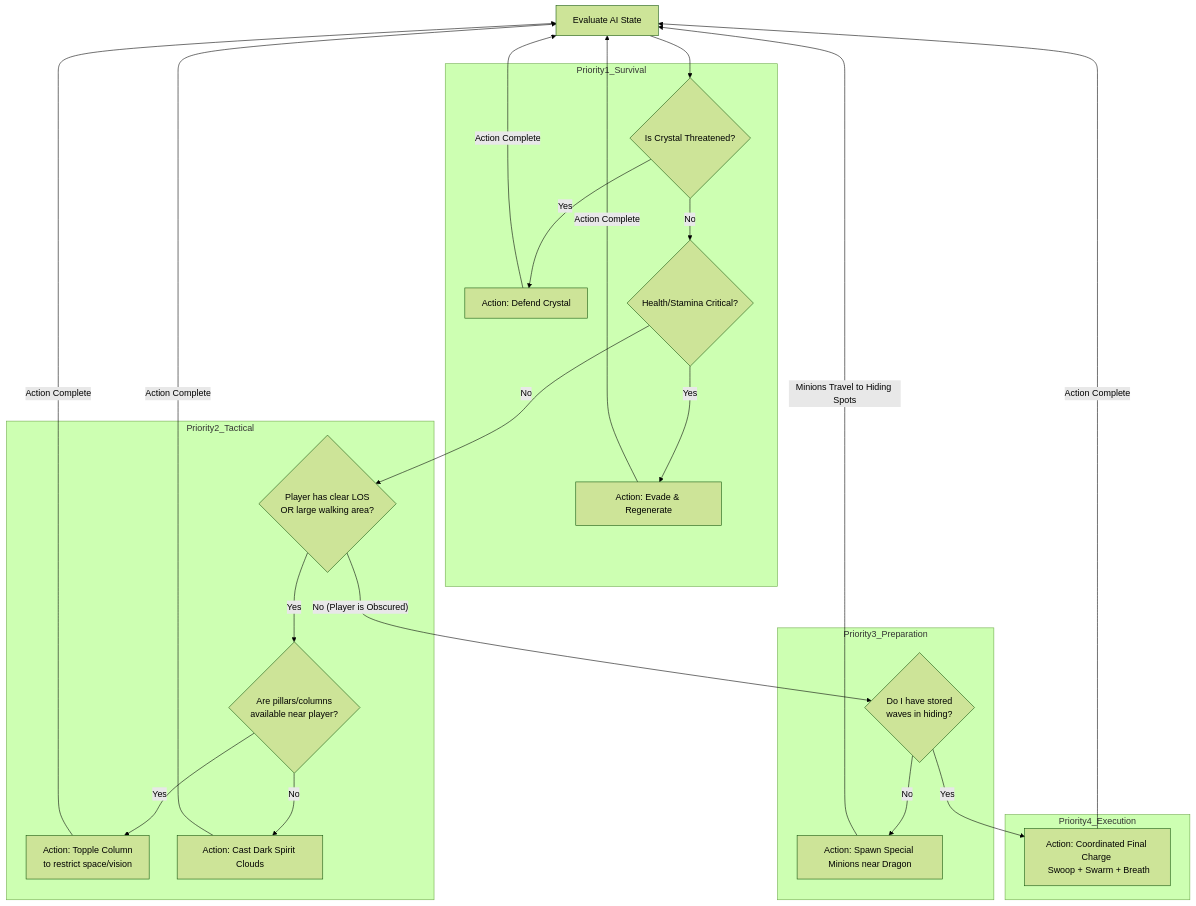
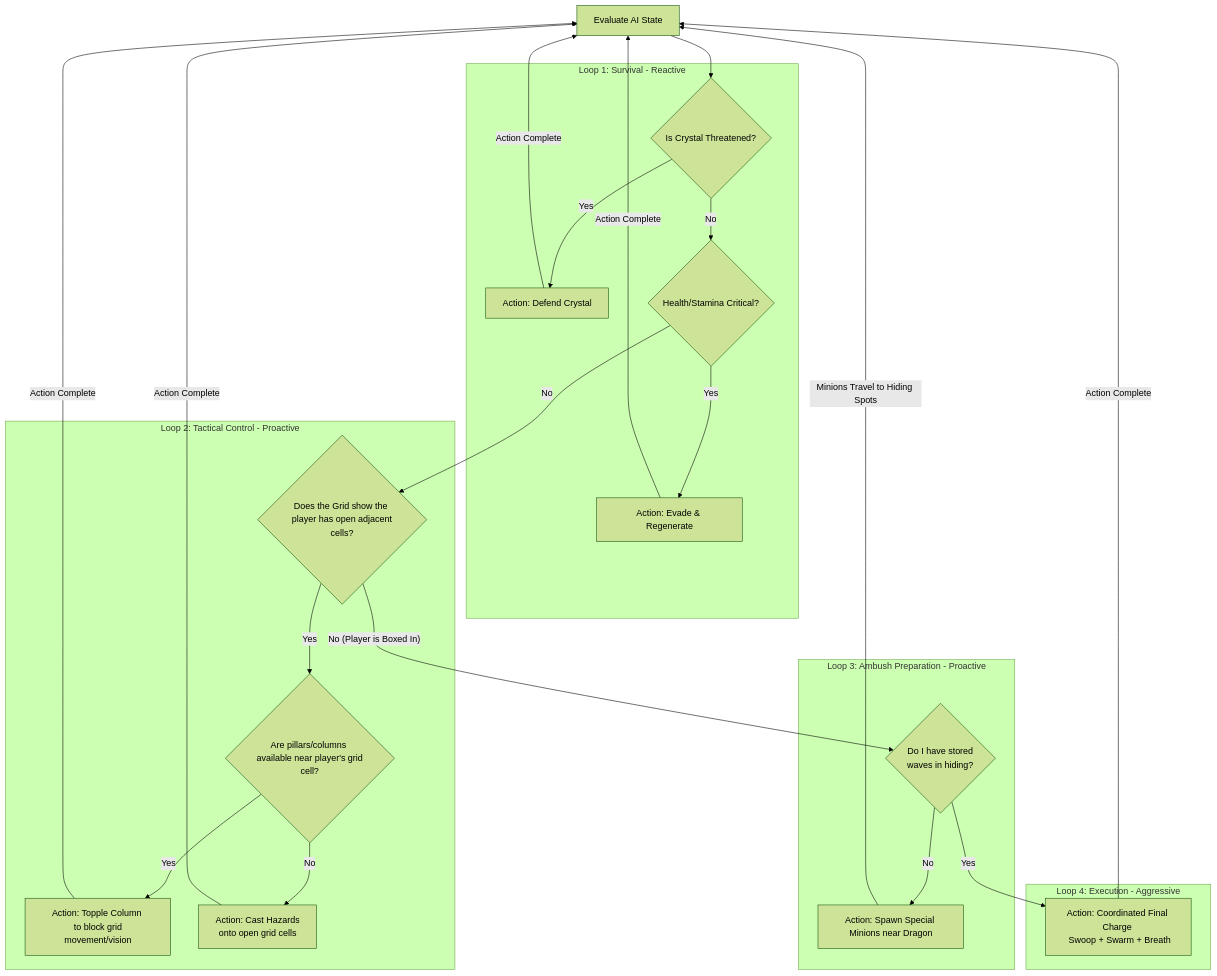
The fourth of 5 diagrams in Quest_Machine_Dragon_Brain_Docs.md (NatalieC001/dragonDump), drawn with Mermaid (forest theme) before and after one commit. The commit also changed other lines of this file, not shown here.

Commit message:
Add documentation for Quest Machine and Dragon Brain architecture

````diff
--- a/Quest_Machine_Dragon_Brain_Docs.md
+++ b/Quest_Machine_Dragon_Brain_Docs.md
@@ -197,38 +197,38 @@
 ```mermaid
 graph TD
     Idle[Evaluate AI State] --> Priority1
 
     %% Priority 1: Survival (Reactive)
-    subgraph Priority1_Survival
+    subgraph Priority1_Survival [Loop 1: Survival - Reactive]
         Priority1{Is Crystal Threatened?}
         Priority1 -- Yes --> Defend[Action: Defend Crystal]
         Priority1 -- No --> ThreatCheck{Health/Stamina Critical?}
         ThreatCheck -- Yes --> EvadeRegen[Action: Evade & Regenerate]
     end
 
     %% Priority 2: Tactical Environmental Control (Proactive)
-    subgraph Priority2_Tactical
-        ThreatCheck -- No --> CheckSpace{Player has clear LOS <br> OR large walking area?}
-        CheckSpace -- Yes --> ToppleCheck{Are pillars/columns <br> available near player?}
-        ToppleCheck -- Yes --> Topple[Action: Topple Column <br> to restrict space/vision]
-        ToppleCheck -- No --> Clouds[Action: Cast Dark Spirit Clouds]
+    subgraph Priority2_Tactical [Loop 2: Tactical Control - Proactive]
+        ThreatCheck -- No --> CheckSpace{Does the Grid show the <br> player has open adjacent cells?}
+        CheckSpace -- Yes --> ToppleCheck{Are pillars/columns <br> available near player's grid cell?}
+        ToppleCheck -- Yes --> Topple[Action: Topple Column <br> to block grid movement/vision]
+        ToppleCheck -- No --> Clouds[Action: Cast Hazards <br> onto open grid cells]
     end
 
     %% Priority 3: Ambush Preparation (Proactive)
-    subgraph Priority3_Preparation
-        CheckSpace -- No (Player is Obscured) --> SpawnCheck{Do I have stored <br> waves in hiding?}
+    subgraph Priority3_Preparation [Loop 3: Ambush Preparation - Proactive]
+        CheckSpace -- No (Player is Boxed In) --> SpawnCheck{Do I have stored <br> waves in hiding?}
         SpawnCheck -- No --> SpawnHidden[Action: Spawn Special Minions near Dragon]
     end
 
     %% Priority 4: Execution
-    subgraph Priority4_Execution
+    subgraph Priority4_Execution [Loop 4: Execution - Aggressive]
         SpawnCheck -- Yes --> FinalCharge[Action: Coordinated Final Charge <br> Swoop + Swarm + Breath]
     end
 
     Defend -->|Action Complete| Idle
     EvadeRegen -->|Action Complete| Idle
     Topple -->|Action Complete| Idle
     Clouds -->|Action Complete| Idle
     SpawnHidden -->|Minions Travel to Hiding Spots| Idle
     FinalCharge -->|Action Complete| Idle
 ```
````
